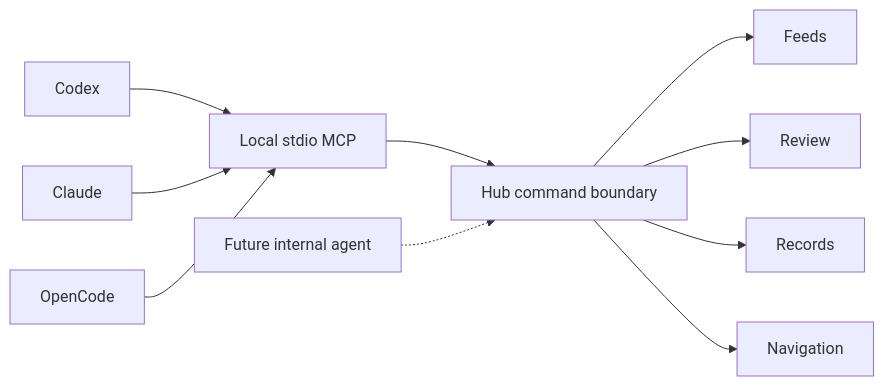
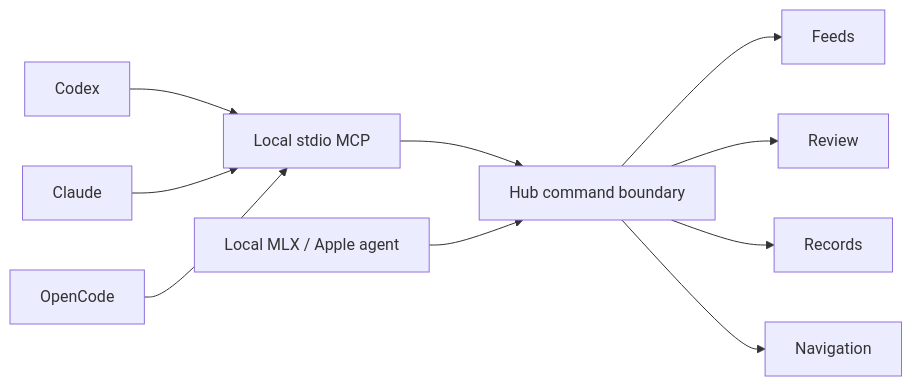
The diagram in docs/AGENT-INTEGRATION.md (noktirnal42/PlateWatch), drawn with Mermaid before and after one commit. The commit also changed other lines of this file and 20 other files, not shown here.

Commit message:
Add bounded local Hub agents with MLX and Apple providers

````diff
--- a/docs/AGENT-INTEGRATION.md
+++ b/docs/AGENT-INTEGRATION.md
@@ -7,12 +7,12 @@
 ```mermaid
 flowchart LR
   Codex --> MCP[Local stdio MCP]
   Claude --> MCP
   OpenCode --> MCP
   MCP --> Commands[Hub command boundary]
-  Internal[Future internal agent] -.-> Commands
+  Internal[Local MLX / Apple agent] --> Commands
   Commands --> Feeds
   Commands --> Review
   Commands --> Records
   Commands --> Navigation
 ```
````
